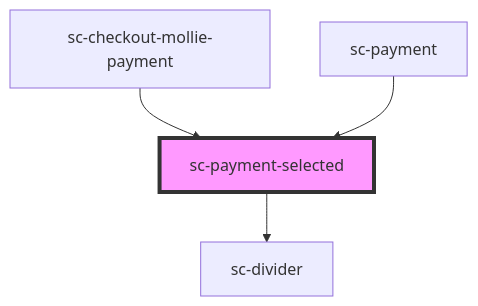
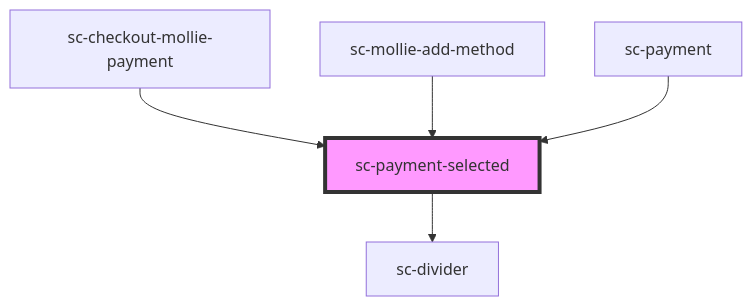
One commit to surecart/surecart-wp-plugin changed the diagram in packages/components/src/components/ui/payment-selected/readme.md. Above: the diagram before and after it, drawn with Mermaid. The commit also changed other lines of this file and 15 other files, not shown here.

````diff
--- a/packages/components/src/components/ui/payment-selected/readme.md
+++ b/packages/components/src/components/ui/payment-selected/readme.md
@@ -40,7 +41,8 @@
 ```mermaid
 graph TD;
   sc-payment-selected --> sc-divider
   sc-checkout-mollie-payment --> sc-payment-selected
+  sc-mollie-add-method --> sc-payment-selected
   sc-payment --> sc-payment-selected
   style sc-payment-selected fill:#f9f,stroke:#333,stroke-width:4px
 ```
````
